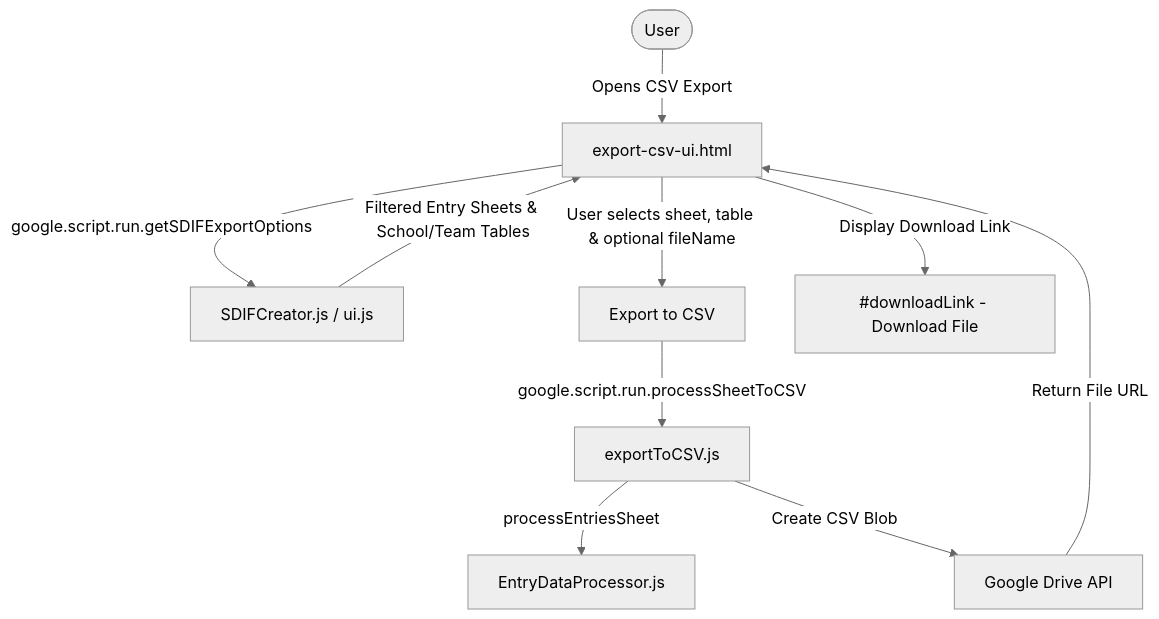
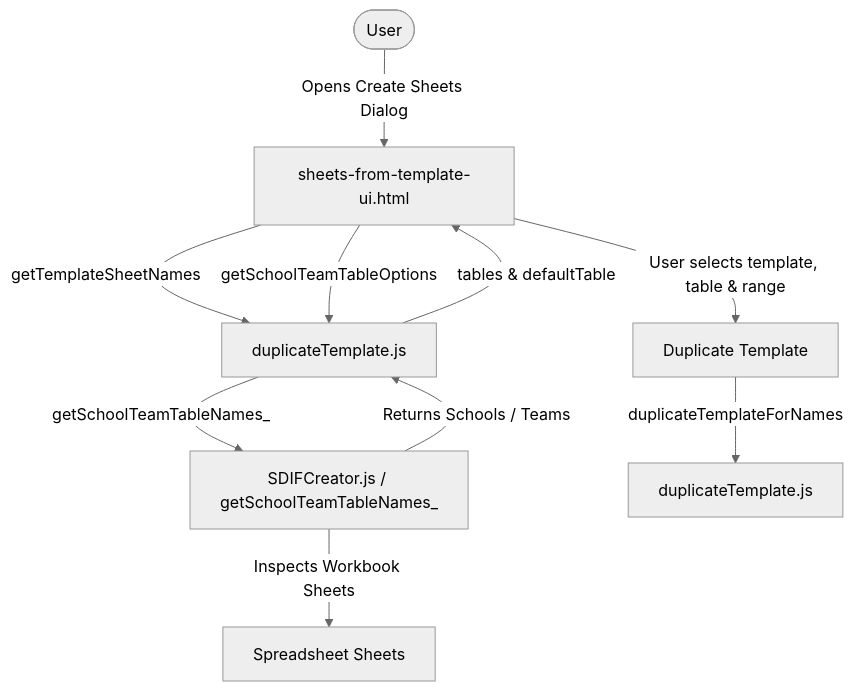
One commit to petrfaitl/swim-entries-manager changed the diagram in .junie/plans/improve-meet-manager-export-dialog.md. Above: the diagram before and after it, drawn with Mermaid (neutral theme). The commit also changed other lines of this file and 5 other files, not shown here.

Commit message:
feat: Enhance Create Sheets from Template dialog with filtered dropdown for Schools/Teams and auto-selection

````diff
--- a/.junie/plans/improve-meet-manager-export-dialog.md
+++ b/.junie/plans/improve-meet-manager-export-dialog.md
@@ -75,12 +73,12 @@
 ```mermaid
 graph TD
-    User([User]) -->|Opens CSV Export| CSVDialog[export-csv-ui.html]
-    CSVDialog -->|google.script.run.getSDIFExportOptions| ServerOptions[SDIFCreator.js / ui.js]
-    ServerOptions -->|Filtered Entry Sheets & School/Team Tables| CSVDialog
-    CSVDialog -->|User selects sheet, table & optional fileName| SubmitExport[Export to CSV]
-    SubmitExport -->|google.script.run.processSheetToCSV| BackendCSV[exportToCSV.js]
-    BackendCSV -->|processEntriesSheet| Processor[EntryDataProcessor.js]
-    BackendCSV -->|Create CSV Blob| DriveStorage[Google Drive API]
-    DriveStorage -->|Return File URL| CSVDialog
-    CSVDialog -->|Display Download Link| DownloadContainer[#downloadLink - Download File]
+    User([User]) -->|Opens Create Sheets Dialog| TemplateDialog[sheets-from-template-ui.html]
+    TemplateDialog -->|getTemplateSheetNames| BackendTemplate[duplicateTemplate.js]
+    TemplateDialog -->|getSchoolTeamTableOptions| BackendTemplate
+    BackendTemplate -->|getSchoolTeamTableNames_| TableResolver[SDIFCreator.js / getSchoolTeamTableNames_]
+    TableResolver -->|Inspects Workbook Sheets| ActiveSheets[Spreadsheet Sheets]
+    TableResolver -->|Returns Schools / Teams| BackendTemplate
+    BackendTemplate -->|tables & defaultTable| TemplateDialog
+    TemplateDialog -->|User selects template, table & range| RunAction[Duplicate Template]
+    RunAction -->|duplicateTemplateForNames| BackendDuplicate[duplicateTemplate.js]
 ```
````
